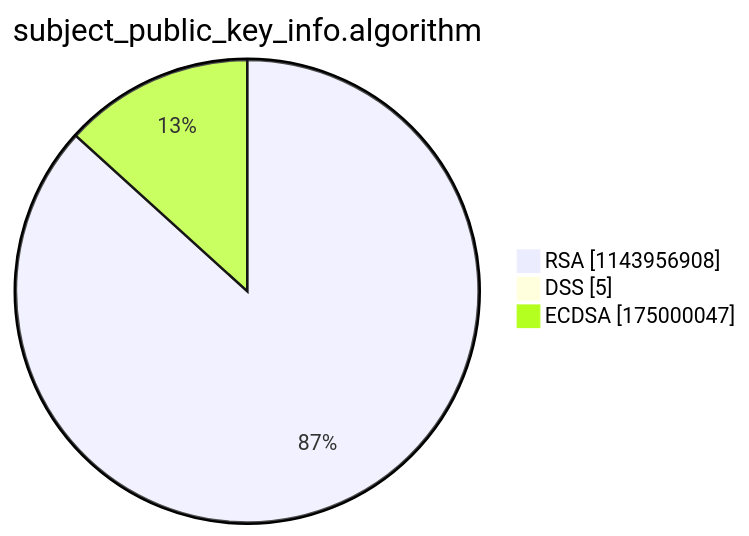
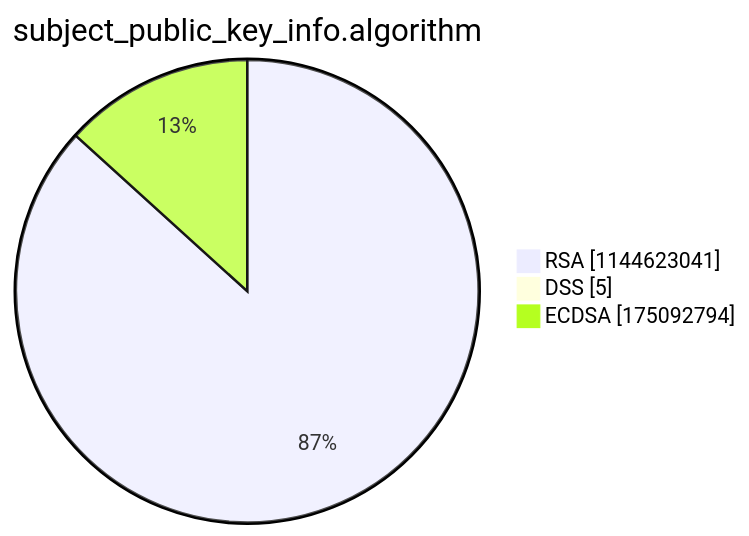
The third of 15 diagrams in argon2022/README.md (christiankrug/ctmonitor_visualization), drawn with Mermaid before and after one commit. The commit also changed other lines of this file, not shown here.

````diff
--- a/argon2022/README.md
+++ b/argon2022/README.md
@@ -14,7 +14,7 @@
 ```mermaid
 pie showData
 title subject_public_key_info.algorithm
-"RSA" :1143956908
+"RSA" :1144623041
 "DSS" :5
-"ECDSA" :175000047
+"ECDSA" :175092794
 ```
````
